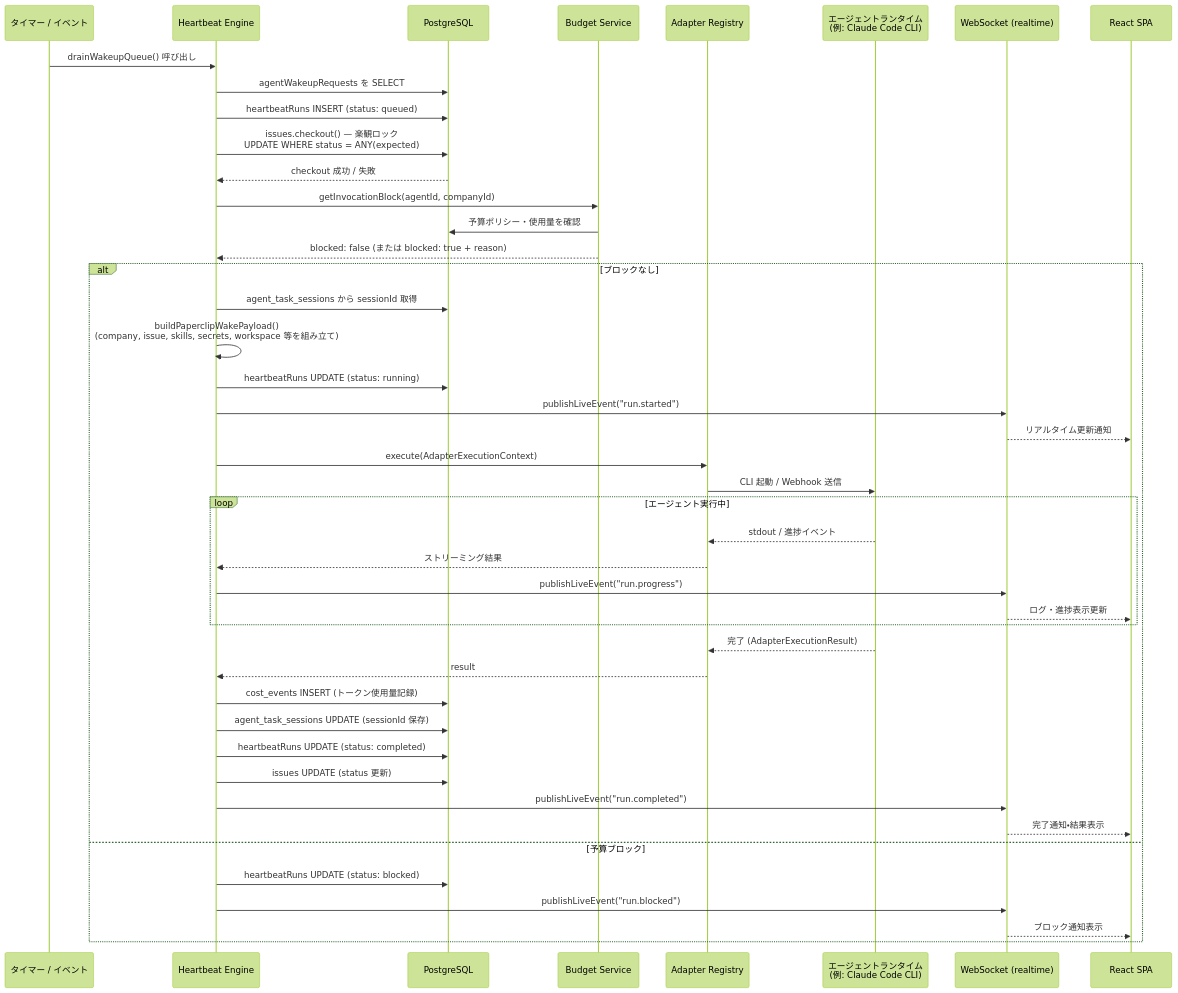
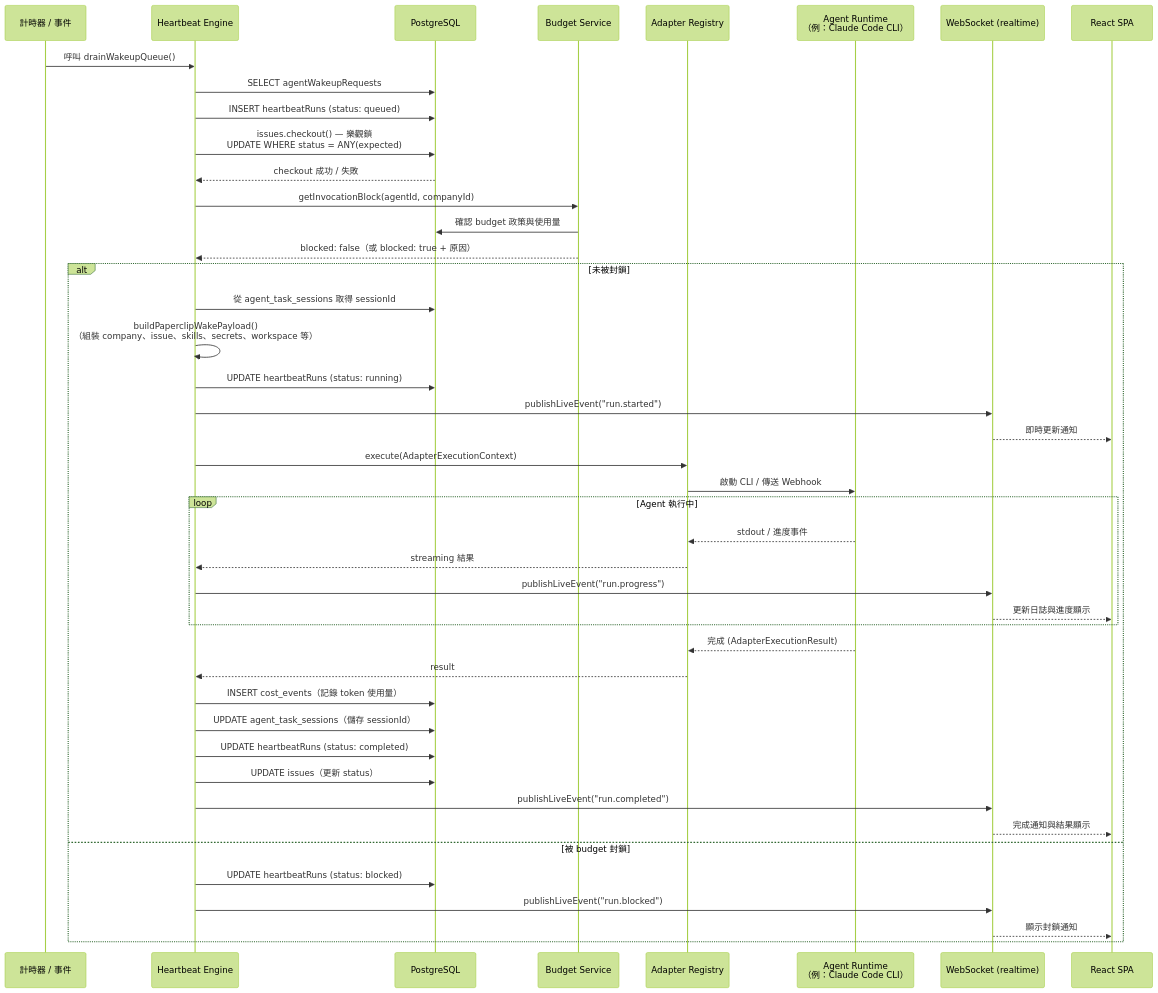
One commit to pichiu/paperclip changed the second of 3 diagrams in .trace/ARCHITECTURE.md. Above: the diagram before and after it, drawn with Mermaid (forest theme). The commit also changed other lines of this file and 1 other file, not shown here.

First line of the commit message:
trace: rewrite ARCHITECTURE and DATA_MODEL in Traditional Chinese

````diff
--- a/.trace/ARCHITECTURE.md
+++ b/.trace/ARCHITECTURE.md
@@ -225,55 +225,55 @@
 ```mermaid
 sequenceDiagram
-    participant Timer as タイマー / イベント
+    participant Timer as 計時器 / 事件
     participant HB as Heartbeat Engine
     participant DB as PostgreSQL
     participant Budget as Budget Service
     participant Adapter as Adapter Registry
-    participant Agent as エージェントランタイム<br/>(例: Claude Code CLI)
+    participant Agent as Agent Runtime<br/>（例：Claude Code CLI）
     participant WS as WebSocket (realtime)
     participant UI as React SPA
 
-    Timer->>HB: drainWakeupQueue() 呼び出し
-    HB->>DB: agentWakeupRequests を SELECT
-    HB->>DB: heartbeatRuns INSERT (status: queued)
+    Timer->>HB: 呼叫 drainWakeupQueue()
+    HB->>DB: SELECT agentWakeupRequests
+    HB->>DB: INSERT heartbeatRuns (status: queued)
 
-    HB->>DB: issues.checkout() — 楽観ロック<br/>UPDATE WHERE status = ANY(expected)
+    HB->>DB: issues.checkout() — 樂觀鎖<br/>UPDATE WHERE status = ANY(expected)
     DB-->>HB: checkout 成功 / 失敗
 
     HB->>Budget: getInvocationBlock(agentId, companyId)
-    Budget->>DB: 予算ポリシー・使用量を確認
-    Budget-->>HB: blocked: false (または blocked: true + reason)
+    Budget->>DB: 確認 budget 政策與使用量
+    Budget-->>HB: blocked: false（或 blocked: true + 原因）
 
-    alt ブロックなし
-        HB->>DB: agent_task_sessions から sessionId 取得
-        HB->>HB: buildPaperclipWakePayload()<br/>(company, issue, skills, secrets, workspace 等を組み立て)
-        HB->>DB: heartbeatRuns UPDATE (status: running)
+    alt 未被封鎖
+        HB->>DB: 從 agent_task_sessions 取得 sessionId
+        HB->>HB: buildPaperclipWakePayload()<br/>（組裝 company、issue、skills、secrets、workspace 等）
+        HB->>DB: UPDATE heartbeatRuns (status: running)
         HB->>WS: publishLiveEvent("run.started")
-        WS-->>UI: リアルタイム更新通知
+        WS-->>UI: 即時更新通知
 
         HB->>Adapter: execute(AdapterExecutionContext)
-        Adapter->>Agent: CLI 起動 / Webhook 送信
+        Adapter->>Agent: 啟動 CLI / 傳送 Webhook
 
-        loop エージェント実行中
-            Agent-->>Adapter: stdout / 進捗イベント
-            Adapter-->>HB: ストリーミング結果
+        loop Agent 執行中
+            Agent-->>Adapter: stdout / 進度事件
+            Adapter-->>HB: streaming 結果
             HB->>WS: publishLiveEvent("run.progress")
-            WS-->>UI: ログ・進捗表示更新
+            WS-->>UI: 更新日誌與進度顯示
         end
 
-        Agent-->>Adapter: 完了 (AdapterExecutionResult)
+        Agent-->>Adapter: 完成 (AdapterExecutionResult)
         Adapter-->>HB: result
 
-        HB->>DB: cost_events INSERT (トークン使用量記録)
-        HB->>DB: agent_task_sessions UPDATE (sessionId 保存)
-        HB->>DB: heartbeatRuns UPDATE (status: completed)
-        HB->>DB: issues UPDATE (status 更新)
+        HB->>DB: INSERT cost_events（記錄 token 使用量）
+        HB->>DB: UPDATE agent_task_sessions（儲存 sessionId）
+        HB->>DB: UPDATE heartbeatRuns (status: completed)
+        HB->>DB: UPDATE issues（更新 status）
         HB->>WS: publishLiveEvent("run.completed")
-        WS-->>UI: 完了通知・結果表示
+        WS-->>UI: 完成通知與結果顯示
 
-    else 予算ブロック
-        HB->>DB: heartbeatRuns UPDATE (status: blocked)
+    else 被 budget 封鎖
+        HB->>DB: UPDATE heartbeatRuns (status: blocked)
         HB->>WS: publishLiveEvent("run.blocked")
-        WS-->>UI: ブロック通知表示
+        WS-->>UI: 顯示封鎖通知
     end
 ```
````
